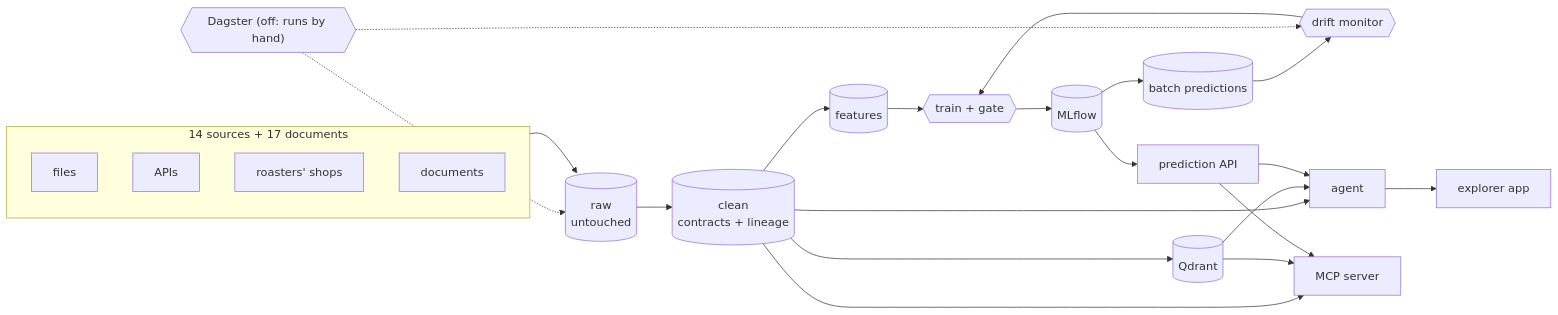
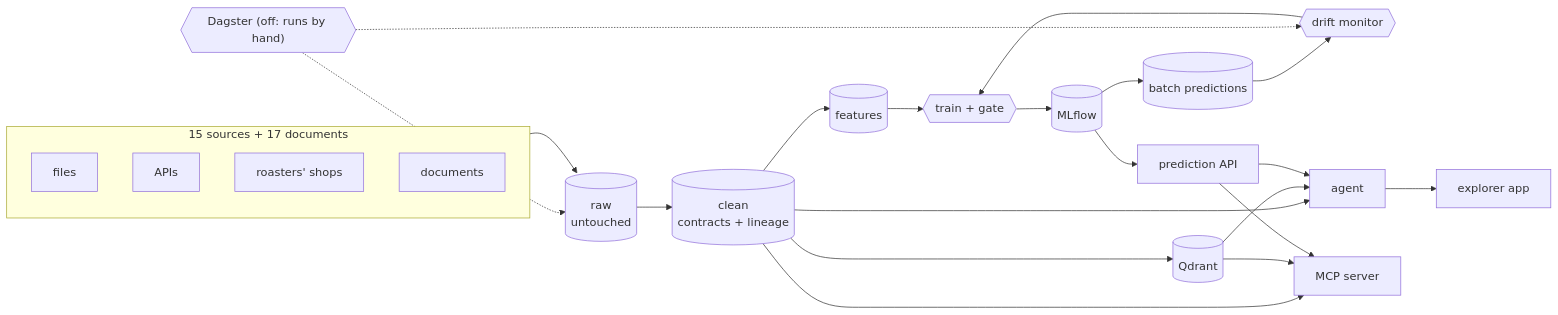
Before and after one commit to AlanMLCH/coffee_mlops: the diagram in README.md, drawn with Mermaid. The commit also changed other lines of this file and 20 other files, not shown here.

````diff
--- a/README.md
+++ b/README.md
@@ -99,30 +101,30 @@
 ```mermaid
 flowchart LR
-    subgraph SOURCES["14 sources + 17 documents"]
+    subgraph SOURCES["15 sources + 17 documents"]
         files["files"]
         apis["APIs"]
         shops["roasters' shops"]
         documents["documents"]
     end
     raw[("raw<br/>untouched")]
     clean[("clean<br/>contracts + lineage")]
     features[("features")]
     gate{{"train + gate"}}
     mlflow[("MLflow")]
     predictions[("batch predictions")]
     api["prediction API"]
     monitor{{"drift monitor"}}
     qdrant[("Qdrant")]
     agent["agent"]
     mcp["MCP server"]
     explorer["explorer app"]
     dagster{{"Dagster (off: runs by hand)"}}
 
     SOURCES --> raw --> clean --> features --> gate --> mlflow
     mlflow --> api & predictions
     predictions --> monitor --> gate
     clean --> qdrant
     clean & qdrant & api --> agent --> explorer
     clean & qdrant & api --> mcp
     dagster -.-> raw & monitor
 ```
````
